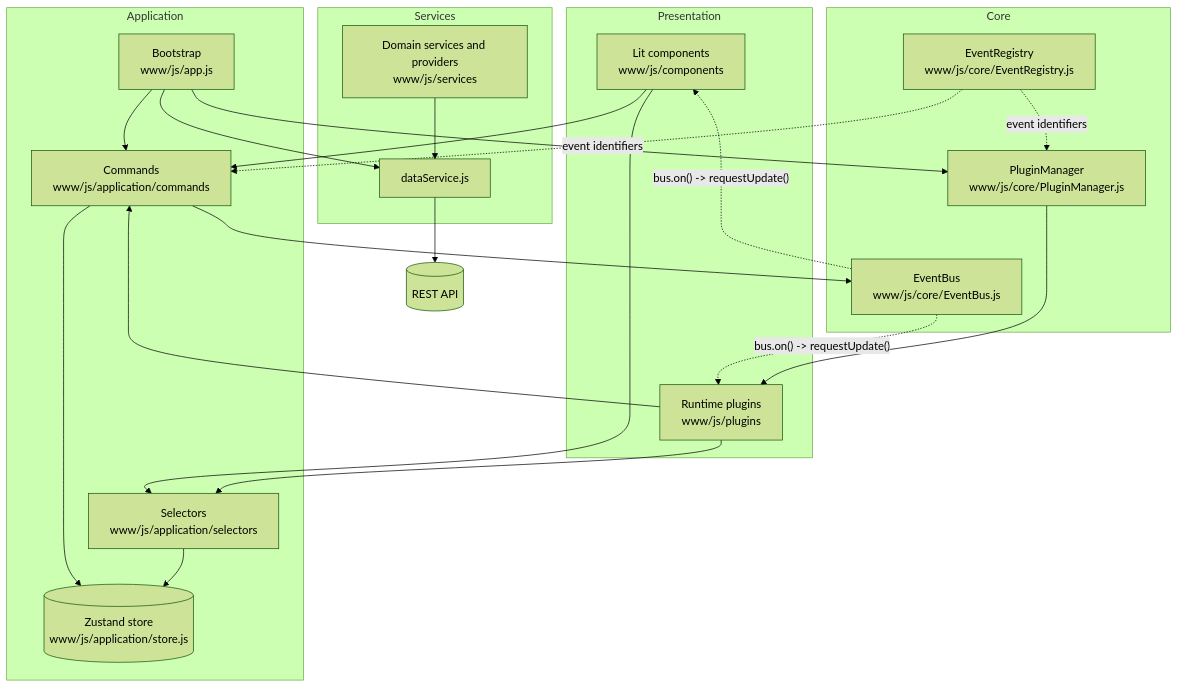
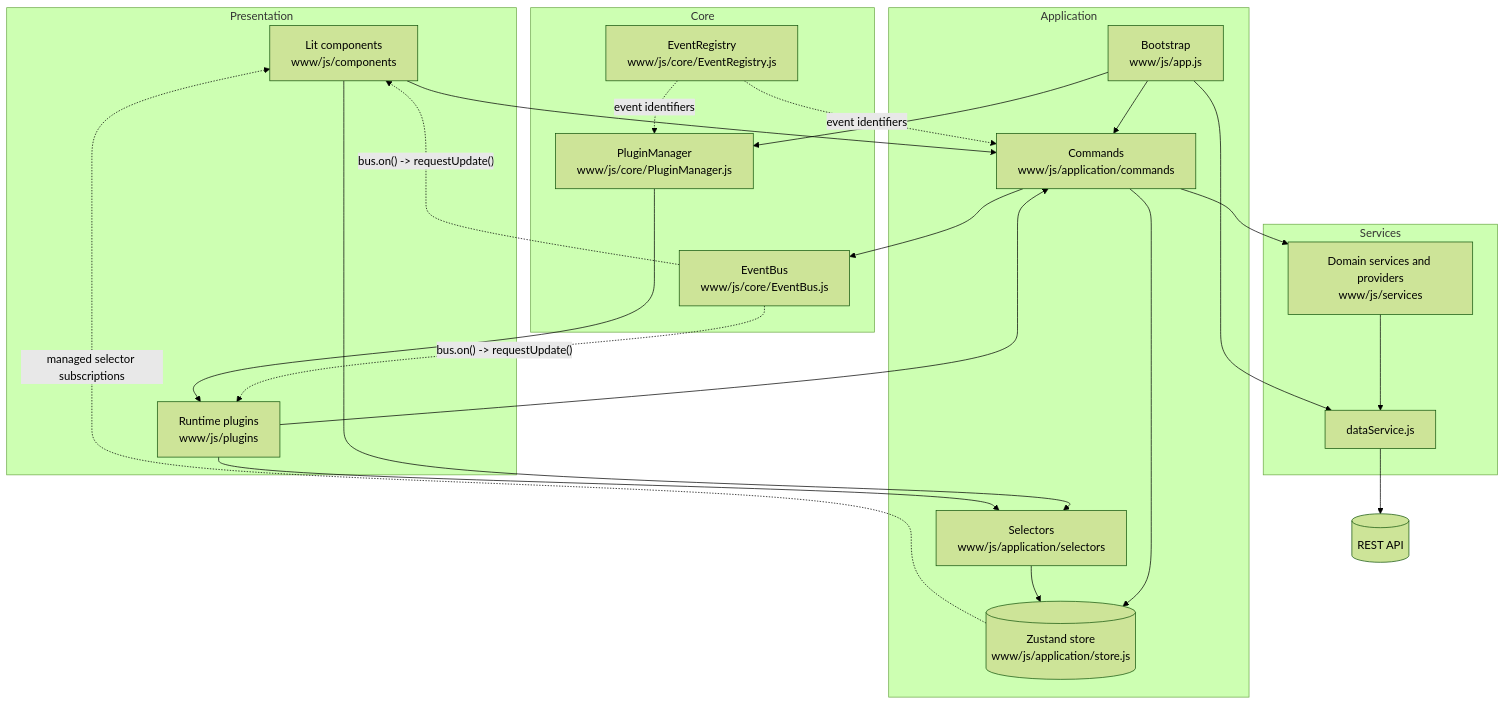
The second of 4 diagrams in docs/ARCHITECTURE.md (kpoppel/PlannerTool), drawn with Mermaid (forest theme) before and after one commit. The commit also changed other lines of this file, not shown here.

Commit message:
Architecture document updated.

````diff
--- a/docs/ARCHITECTURE.md
+++ b/docs/ARCHITECTURE.md
@@ -75,45 +96,47 @@
 ```mermaid
 flowchart TD
     subgraph Presentation
         Comp[Lit components\nwww/js/components]
         Plugins[Runtime plugins\nwww/js/plugins]
     end
 
     subgraph Application
         Cmd[Commands\nwww/js/application/commands]
         Sel[Selectors\nwww/js/application/selectors]
         Store[(Zustand store\nwww/js/application/store.js)]
         Boot[Bootstrap\nwww/js/app.js]
     end
 
     subgraph Core
         Bus[EventBus\nwww/js/core/EventBus.js]
         Registry[EventRegistry\nwww/js/core/EventRegistry.js]
         PM[PluginManager\nwww/js/core/PluginManager.js]
     end
 
     subgraph Services
         DataSvc[dataService.js]
         DomainSvc[Domain services and providers\nwww/js/services]
     end
 
     API[(REST API)]
 
     Boot --> Cmd
     Boot --> PM
     Boot --> DataSvc
     Comp --> Cmd
     Plugins --> Cmd
     Comp --> Sel
     Plugins --> Sel
     Cmd --> Store
     Sel --> Store
     Cmd --> Bus
+    Cmd --> DomainSvc
     Bus -.->|"bus.on() -> requestUpdate()"| Comp
     Bus -.->|"bus.on() -> requestUpdate()"| Plugins
+    Store -.->|managed selector subscriptions| Comp
     Registry -.->|event identifiers| Cmd
     Registry -.->|event identifiers| PM
     PM --> Plugins
     DataSvc --> API
     DomainSvc --> DataSvc
 ```
````
